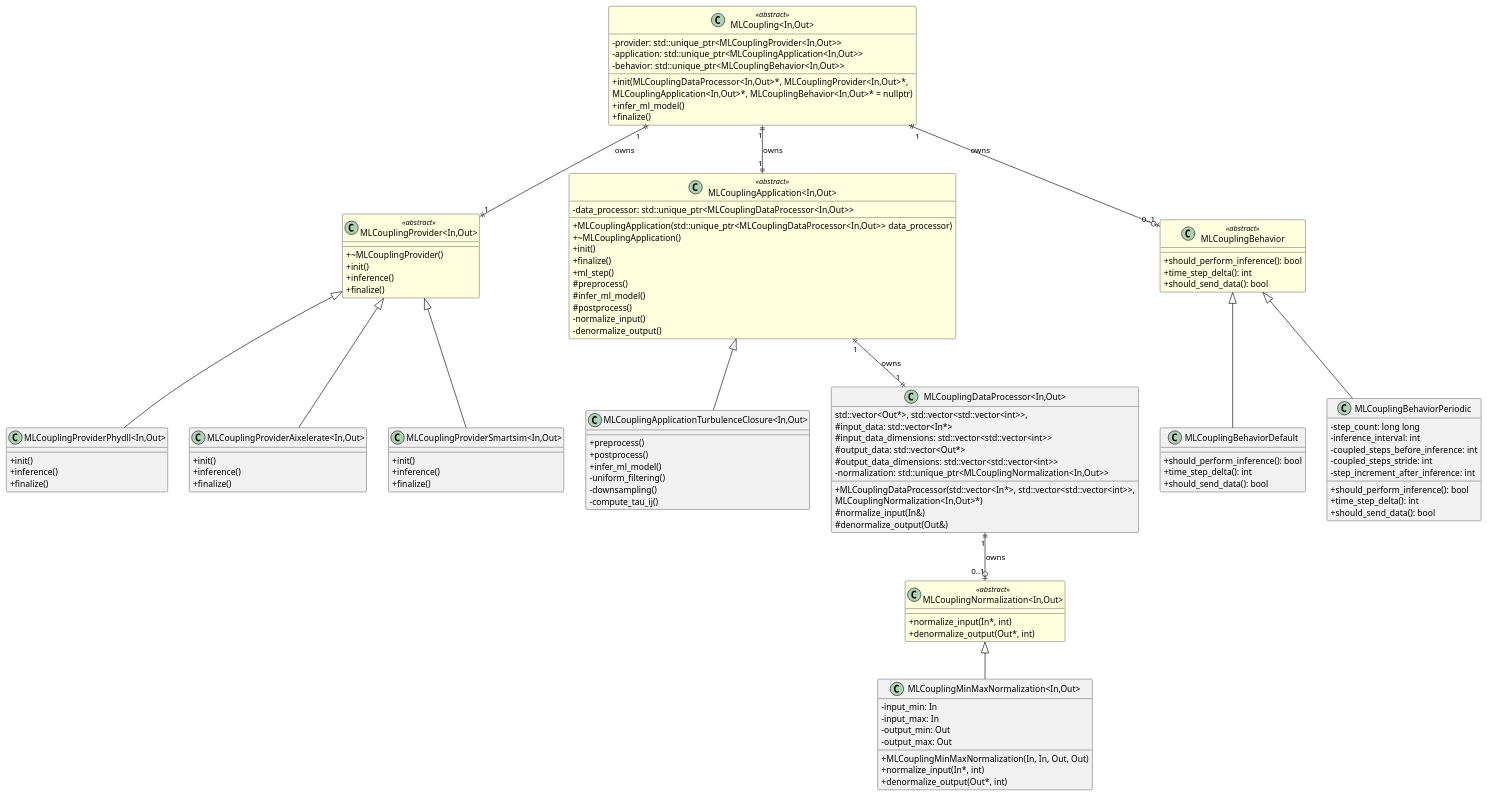
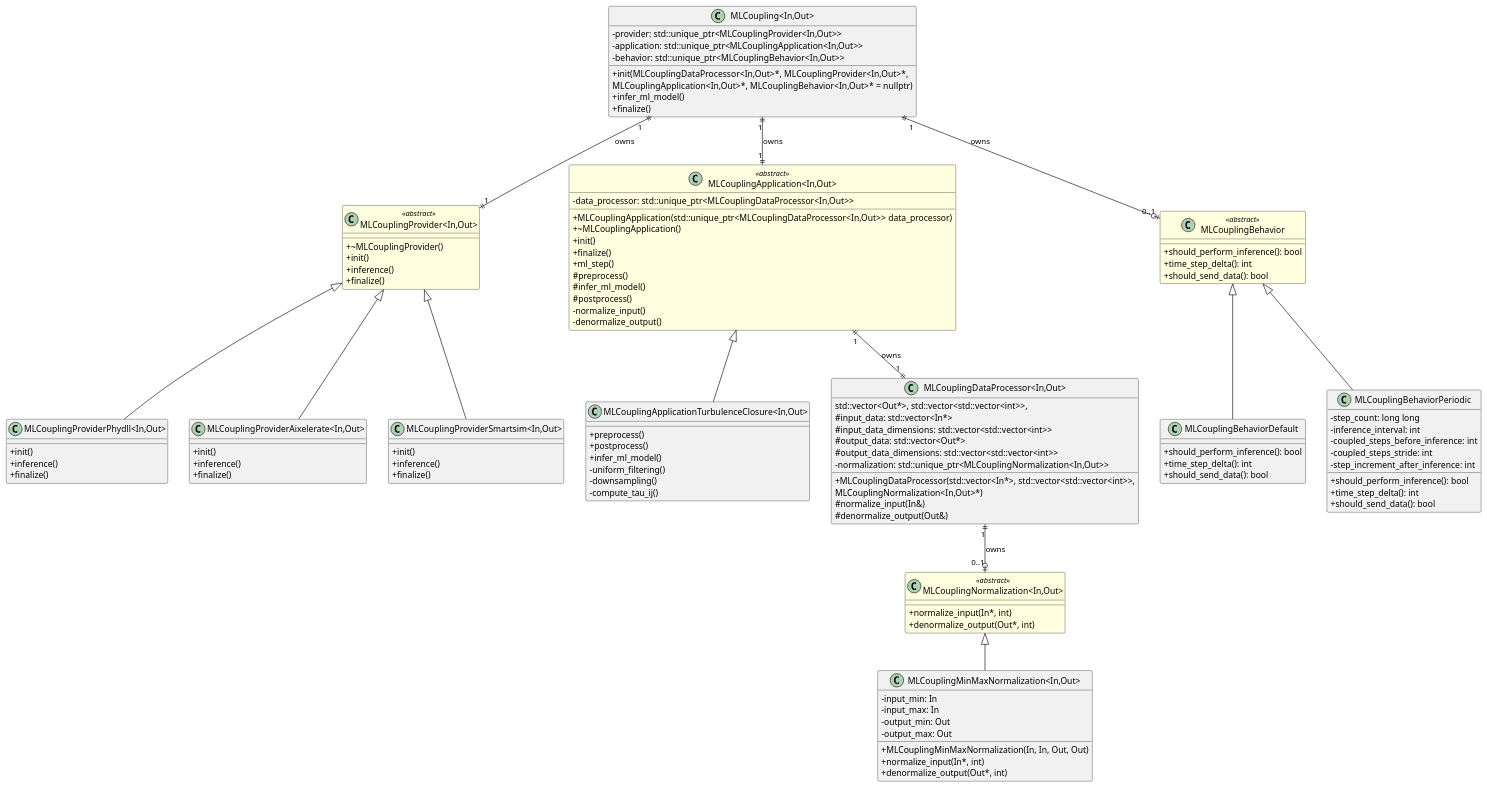
The diagram in documentation/new.puml (chrisb09/CPP-ML-Interface), drawn with PlantUML before and after one commit. The commit also changed 2 other files, not shown here.

Commit message:
Refactor MLCoupling class to remove abstract designation
Removed the abstract designation from the MLCoupling class in the UML diagram. This change reflects a shift in the class's intended usage, allowing for direct instantiation rather than enforcing subclassing.

```diff
--- a/documentation/new.puml
+++ b/documentation/new.puml
@@ -1,140 +1,140 @@
 @startuml CPP_NEW_ML_Interface
 
 ' Layout hints to encourage a tree-like rendering
 top to bottom direction
 ' skinparam linetype ortho
 skinparam classAttributeIconSize 0
 skinparam backgroundColor #FFFFFF
 skinparam class {
     BackgroundColor<<abstract>> LightYellow
     BorderColor Black
     ArrowColor Black
 }
 
 
-class "MLCoupling<In,Out>" <<abstract>> {
+class "MLCoupling<In,Out>" {
     - provider: std::unique_ptr<MLCouplingProvider<In,Out>>
     - application: std::unique_ptr<MLCouplingApplication<In,Out>>
     - behavior: std::unique_ptr<MLCouplingBehavior<In,Out>>
     + init(MLCouplingDataProcessor<In,Out>*, MLCouplingProvider<In,Out>*,
            MLCouplingApplication<In,Out>*, MLCouplingBehavior<In,Out>* = nullptr)
     + infer_ml_model()
     + finalize()
 }
 
 class "MLCouplingProvider<In,Out>" <<abstract>> {
     + ~MLCouplingProvider()
     + init()
     + inference()
     + finalize()
 }
 
 class "MLCouplingApplication<In,Out>" <<abstract>> {
     + MLCouplingApplication(std::unique_ptr<MLCouplingDataProcessor<In,Out>> data_processor)
     + ~MLCouplingApplication()
     - data_processor: std::unique_ptr<MLCouplingDataProcessor<In,Out>>
     + init()
     + finalize()
     + ml_step()
     # preprocess()
     # infer_ml_model()
     # postprocess()
     - normalize_input()
     - denormalize_output()
 }
 
 class "MLCouplingNormalization<In,Out>" <<abstract>> {
     + normalize_input(In*, int)
     + denormalize_output(Out*, int)
 }
 
 class "MLCouplingMinMaxNormalization<In,Out>" {
     - input_min: In
     - input_max: In
     - output_min: Out
     - output_max: Out
     + MLCouplingMinMaxNormalization(In, In, Out, Out)
     + normalize_input(In*, int)
     + denormalize_output(Out*, int)
 }
 
 class "MLCouplingApplicationTurbulenceClosure<In,Out>" {
     + preprocess()
     + postprocess()
     + infer_ml_model()
     - uniform_filtering()
     - downsampling()
     - compute_tau_ij()
 }
 
 class "MLCouplingDataProcessor<In,Out>" {
     + MLCouplingDataProcessor(std::vector<In*>, std::vector<std::vector<int>>,
                               std::vector<Out*>, std::vector<std::vector<int>>,
                               MLCouplingNormalization<In,Out>*)
     # input_data: std::vector<In*>
     # input_data_dimensions: std::vector<std::vector<int>>
     # output_data: std::vector<Out*>
     # output_data_dimensions: std::vector<std::vector<int>>
     # normalize_input(In&)
     # denormalize_output(Out&)
     - normalization: std::unique_ptr<MLCouplingNormalization<In,Out>>
 }
 
 class "MLCouplingBehavior" <<abstract>> {
     + should_perform_inference(): bool
     + time_step_delta(): int
     + should_send_data(): bool
 }
 
 class "MLCouplingBehaviorDefault" {
     + should_perform_inference(): bool
     + time_step_delta(): int
     + should_send_data(): bool
 }
 
 class "MLCouplingBehaviorPeriodic" {
     - step_count: long long
     - inference_interval: int
     - coupled_steps_before_inference: int
     - coupled_steps_stride: int
     - step_increment_after_inference: int
     + should_perform_inference(): bool
     + time_step_delta(): int
     + should_send_data(): bool
 }
 
 class "MLCouplingProviderPhydll<In,Out>" {
     + init()
     + inference()
     + finalize()
 }
 
 class "MLCouplingProviderAixelerate<In,Out>" {
     + init()
     + inference()
     + finalize()
 }
 
 class "MLCouplingProviderSmartsim<In,Out>" {
     + init()
     + inference()
     + finalize()
 }
 
 ' Relationships
 "MLCoupling<In,Out>" "1" ||--|| "1" "MLCouplingProvider<In,Out>" : owns
 "MLCoupling<In,Out>" "1" ||--|| "1" "MLCouplingApplication<In,Out>" : owns
 "MLCoupling<In,Out>" "1" ||--o| "0..1" "MLCouplingBehavior" : owns
 "MLCouplingApplication<In,Out>" "1" ||--|| "1" "MLCouplingDataProcessor<In,Out>" : owns
 "MLCouplingDataProcessor<In,Out>" "1" ||--o| "0..1" "MLCouplingNormalization<In,Out>" : owns
 "MLCouplingNormalization<In,Out>" <|-- "MLCouplingMinMaxNormalization<In,Out>"
 
 "MLCouplingApplication<In,Out>" <|-- "MLCouplingApplicationTurbulenceClosure<In,Out>"
 "MLCouplingBehavior" <|-- "MLCouplingBehaviorDefault"
 "MLCouplingBehavior" <|-- "MLCouplingBehaviorPeriodic"
 
 "MLCouplingProvider<In,Out>" <|-- "MLCouplingProviderPhydll<In,Out>"
 "MLCouplingProvider<In,Out>" <|-- "MLCouplingProviderAixelerate<In,Out>"
 "MLCouplingProvider<In,Out>" <|-- "MLCouplingProviderSmartsim<In,Out>"
 
 @enduml
```
